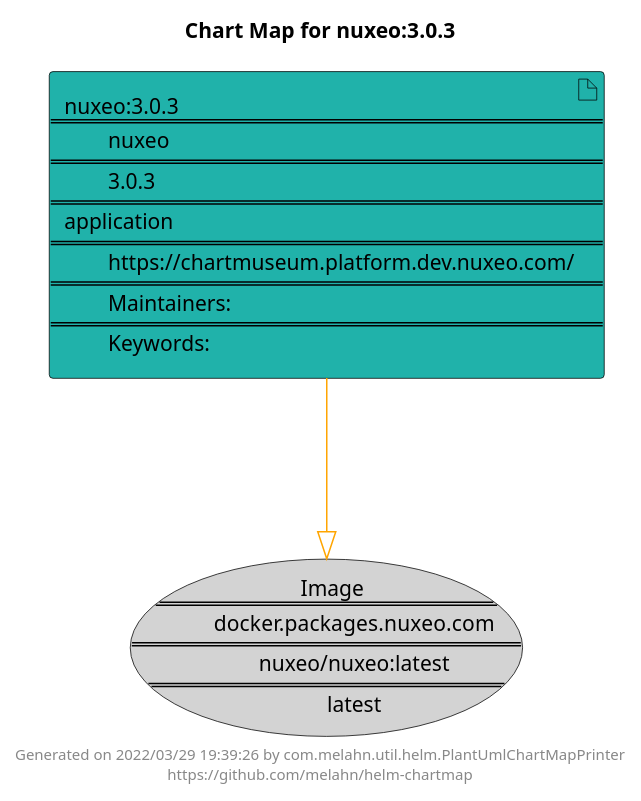
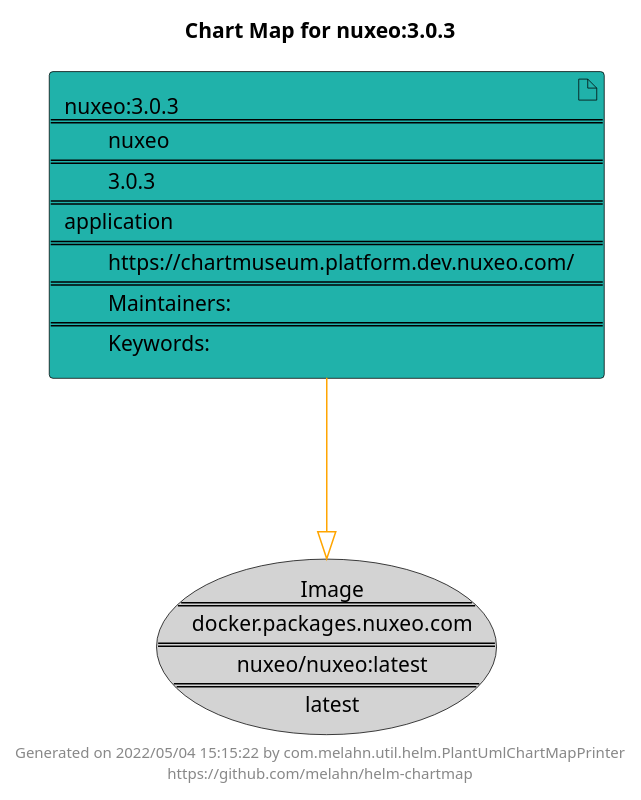
One commit to melahn/helm-chartmap changed the diagram in docs/nuxeo/nuxeo-3.0.3.puml. Above: the diagram before and after it, drawn with PlantUML. The commit also changed 55 other files, not shown here.

Commit message:
Update Example Chart Maps as part of GitHub build

```diff
--- a/docs/nuxeo/nuxeo-3.0.3.puml
+++ b/docs/nuxeo/nuxeo-3.0.3.puml
@@ -1,21 +1,21 @@
 @startuml
 skinparam linetype ortho
 skinparam backgroundColor white
 skinparam usecaseBorderColor black
 skinparam usecaseArrowColor LightSlateGray
 skinparam artifactBorderColor black
 skinparam artifactArrowColor LightSlateGray
 
 title Chart Map for nuxeo:3.0.3
 
 'There is one referenced Helm Chart
 artifact "nuxeo:3.0.3\n====\n\tnuxeo\n====\n\t3.0.3\n====\napplication\n====\n\thttps://chartmuseum.platform.dev.nuxeo.com/\n====\n\tMaintainers: \n====\n\tKeywords: " as nuxeo_3_0_3 #LightSeaGreen
 
 'There is one referenced Docker Image
-usecase "Image\n====\n\tdocker.packages.nuxeo.com\n====\n\tnuxeo/nuxeo:latest\n====\n\tlatest" as docker_packages_nuxeo_com_nuxeo_nuxeo_latest #LightGray
+usecase "Image\n====\ndocker.packages.nuxeo.com\n====\nnuxeo/nuxeo:latest\n====\nlatest" as docker_packages_nuxeo_com_nuxeo_nuxeo_latest #LightGray
 
 'Chart Dependencies
 nuxeo_3_0_3--[#orange]-|>docker_packages_nuxeo_com_nuxeo_nuxeo_latest
 
-center footer Generated on 2022/03/29 19:39:26 by com.melahn.util.helm.PlantUmlChartMapPrinter\nhttps://github.com/melahn/helm-chartmap
+center footer Generated on 2022/05/04 15:15:22 by com.melahn.util.helm.PlantUmlChartMapPrinter\nhttps://github.com/melahn/helm-chartmap
 @enduml
```
